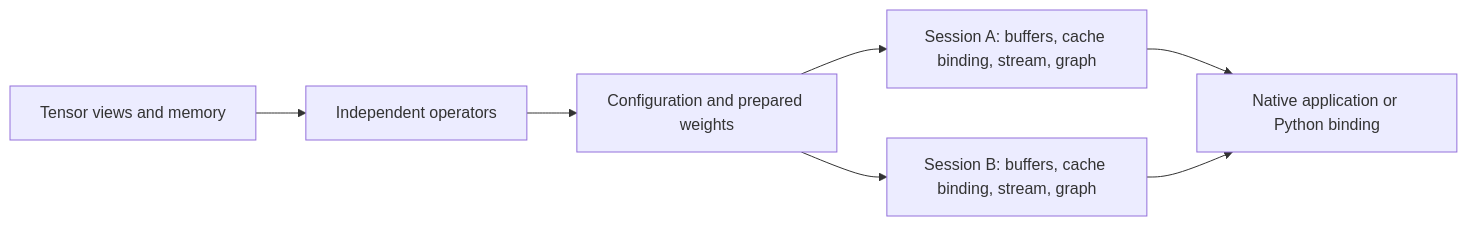
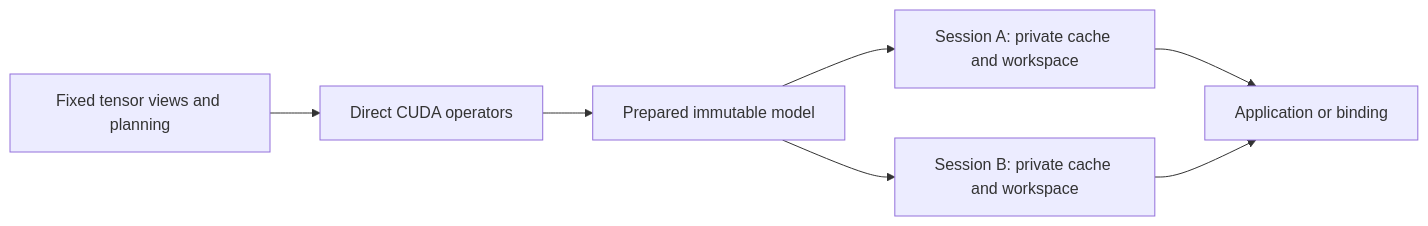
Before and after one commit to goldenfox2025/edge-infer: the diagram in docs/architecture.md, drawn with Mermaid. The commit also changed other lines of this file and 65 other files, not shown here.

Commit message:
Refactor direct decoder and private sessions (validation checkpoint)

````diff
--- a/docs/architecture.md
+++ b/docs/architecture.md
@@ -7,9 +7,9 @@
 ```mermaid
 flowchart LR
-    Core[Tensor views and memory] --> Ops[Independent operators]
-    Ops --> Model[Configuration and prepared weights]
-    Model --> A[Session A: buffers, cache binding, stream, graph]
-    Model --> B[Session B: buffers, cache binding, stream, graph]
-    A --> App[Native application or Python binding]
+    Views[Fixed tensor views and planning] --> Ops[Direct CUDA operators]
+    Ops --> Model[Prepared immutable model]
+    Model --> A[Session A: private cache and workspace]
+    Model --> B[Session B: private cache and workspace]
+    A --> App[Application or binding]
     B --> App
 ```
````
